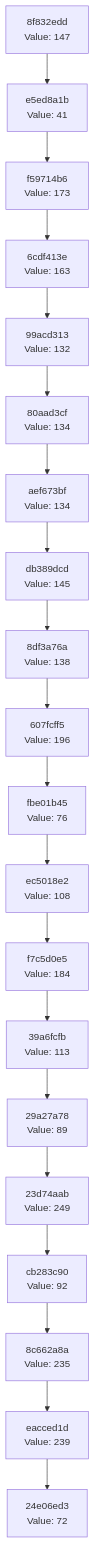
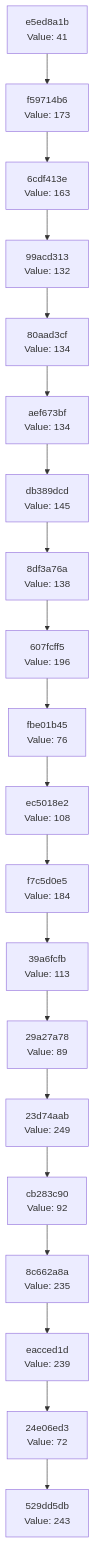
One commit to Abhisheksinha1506/hash-chain-evolver changed the diagram in docs/CHAIN_VISUALIZATION.md. Above: the diagram before and after it, drawn with Mermaid. The commit also changed 2 other files, not shown here.

Commit message:
Evolution Step

````diff
--- a/docs/CHAIN_VISUALIZATION.md
+++ b/docs/CHAIN_VISUALIZATION.md
@@ -3,42 +3,42 @@
 ```mermaid
 graph TD
-    C0["24e06ed3<br/>Value: 72"]
-    C1["eacced1d<br/>Value: 239"]
+    C0["529dd5db<br/>Value: 243"]
+    C1["24e06ed3<br/>Value: 72"]
     C1 --> C0
-    C2["8c662a8a<br/>Value: 235"]
+    C2["eacced1d<br/>Value: 239"]
     C2 --> C1
-    C3["cb283c90<br/>Value: 92"]
+    C3["8c662a8a<br/>Value: 235"]
     C3 --> C2
-    C4["23d74aab<br/>Value: 249"]
+    C4["cb283c90<br/>Value: 92"]
     C4 --> C3
-    C5["29a27a78<br/>Value: 89"]
+    C5["23d74aab<br/>Value: 249"]
     C5 --> C4
-    C6["39a6fcfb<br/>Value: 113"]
+    C6["29a27a78<br/>Value: 89"]
     C6 --> C5
-    C7["f7c5d0e5<br/>Value: 184"]
+    C7["39a6fcfb<br/>Value: 113"]
     C7 --> C6
-    C8["ec5018e2<br/>Value: 108"]
+    C8["f7c5d0e5<br/>Value: 184"]
     C8 --> C7
-    C9["fbe01b45<br/>Value: 76"]
+    C9["ec5018e2<br/>Value: 108"]
     C9 --> C8
-    C10["607fcff5<br/>Value: 196"]
+    C10["fbe01b45<br/>Value: 76"]
     C10 --> C9
-    C11["8df3a76a<br/>Value: 138"]
+    C11["607fcff5<br/>Value: 196"]
     C11 --> C10
-    C12["db389dcd<br/>Value: 145"]
+    C12["8df3a76a<br/>Value: 138"]
     C12 --> C11
-    C13["aef673bf<br/>Value: 134"]
+    C13["db389dcd<br/>Value: 145"]
     C13 --> C12
-    C14["80aad3cf<br/>Value: 134"]
+    C14["aef673bf<br/>Value: 134"]
     C14 --> C13
-    C15["99acd313<br/>Value: 132"]
+    C15["80aad3cf<br/>Value: 134"]
     C15 --> C14
-    C16["6cdf413e<br/>Value: 163"]
+    C16["99acd313<br/>Value: 132"]
     C16 --> C15
-    C17["f59714b6<br/>Value: 173"]
+    C17["6cdf413e<br/>Value: 163"]
     C17 --> C16
-    C18["e5ed8a1b<br/>Value: 41"]
+    C18["f59714b6<br/>Value: 173"]
     C18 --> C17
-    C19["8f832edd<br/>Value: 147"]
+    C19["e5ed8a1b<br/>Value: 41"]
     C19 --> C18
 ```
````
